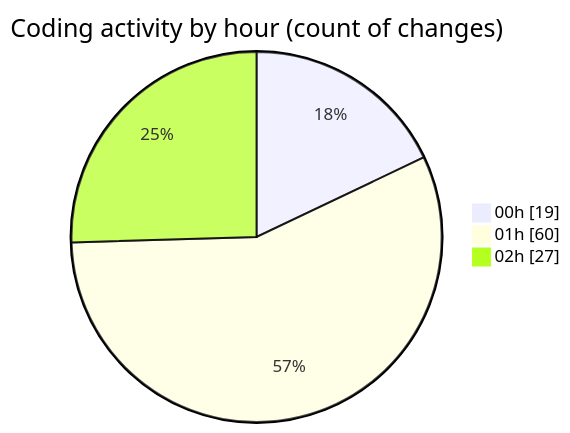
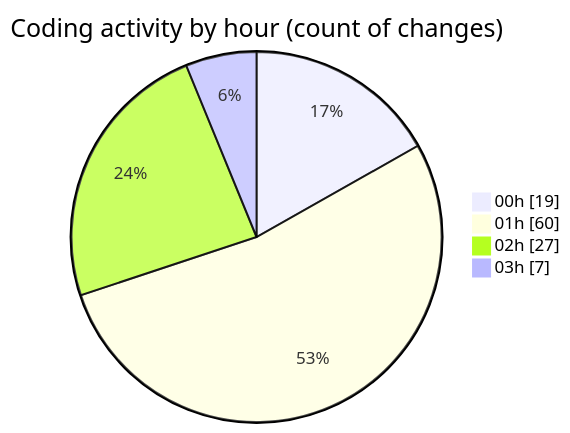
The second of 2 diagrams in 2025-07-25/quanlyrapchieuphim-1/README.md (lephambinh05/code-tracking), drawn with Mermaid before and after one commit. The commit also changed other lines of this file and 1 other file, not shown here.

````diff
--- a/2025-07-25/quanlyrapchieuphim-1/README.md
+++ b/2025-07-25/quanlyrapchieuphim-1/README.md
@@ -33,7 +33,8 @@
 ```mermaid
 pie showData
 title Coding activity by hour (count of changes)
 "00h" : 19
 "01h" : 60
 "02h" : 27
+"03h" : 7
 ```
````
